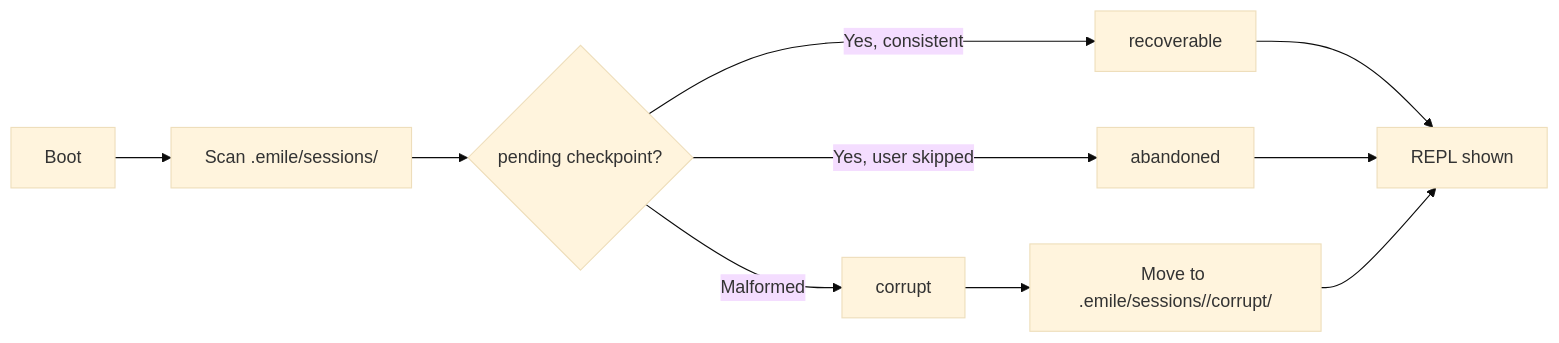
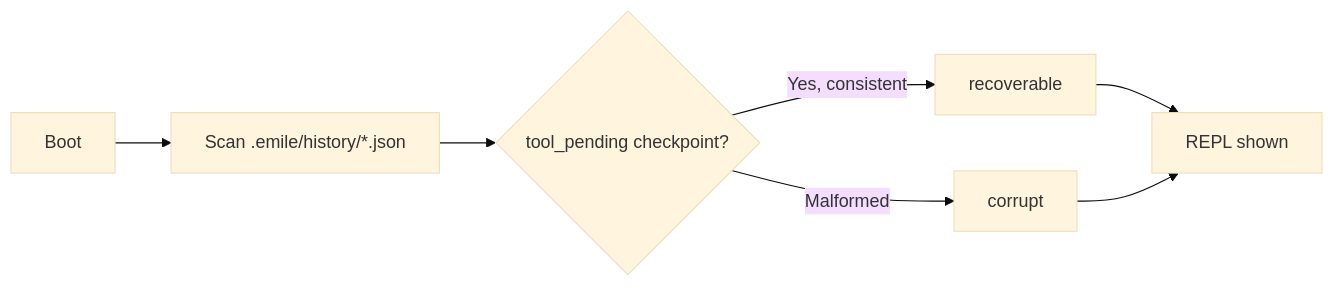
The second of 2 diagrams in features/session-lifecycle.md (heyalmeida/emile-cli), drawn with Mermaid (base theme) before and after one commit. The commit also changed other lines of this file and 7 other files, not shown here.

First line of the commit message:
docs(architecture): align MCP tool naming and recovery wording to shipped code (P2-11)

````diff
--- a/features/session-lifecycle.md
+++ b/features/session-lifecycle.md
@@ -30,12 +31,9 @@
 ```mermaid
 flowchart LR
-    A["Boot"] --> B["Scan .emile/sessions/"]
-    B --> C{"pending checkpoint?"}
+    A["Boot"] --> B["Scan .emile/history/*.json"]
+    B --> C{"tool_pending checkpoint?"}
     C -- "Yes, consistent" --> D["recoverable"]
-    C -- "Yes, user skipped" --> E["abandoned"]
     C -- "Malformed" --> F["corrupt"]
-    F --> G["Move to .emile/sessions/<id>/corrupt/"]
     D --> H["REPL shown"]
-    E --> H
-    G --> H
+    F --> H
 ```
````
